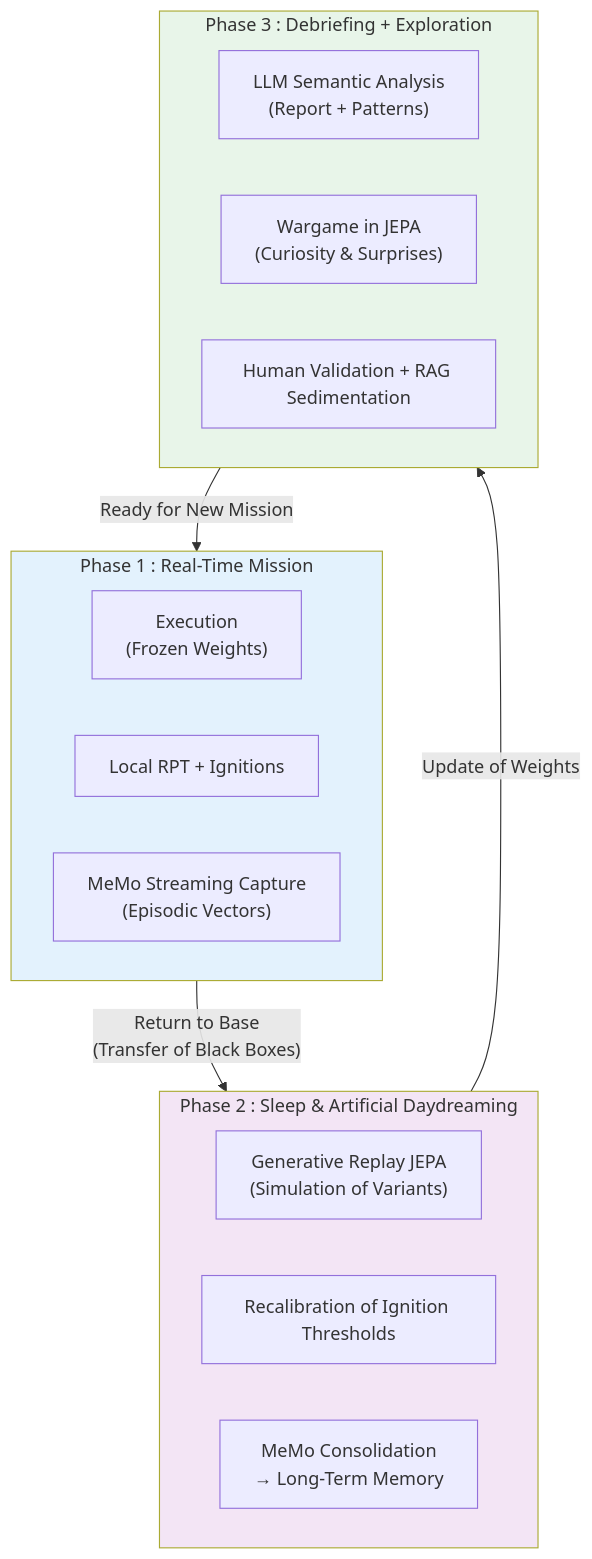
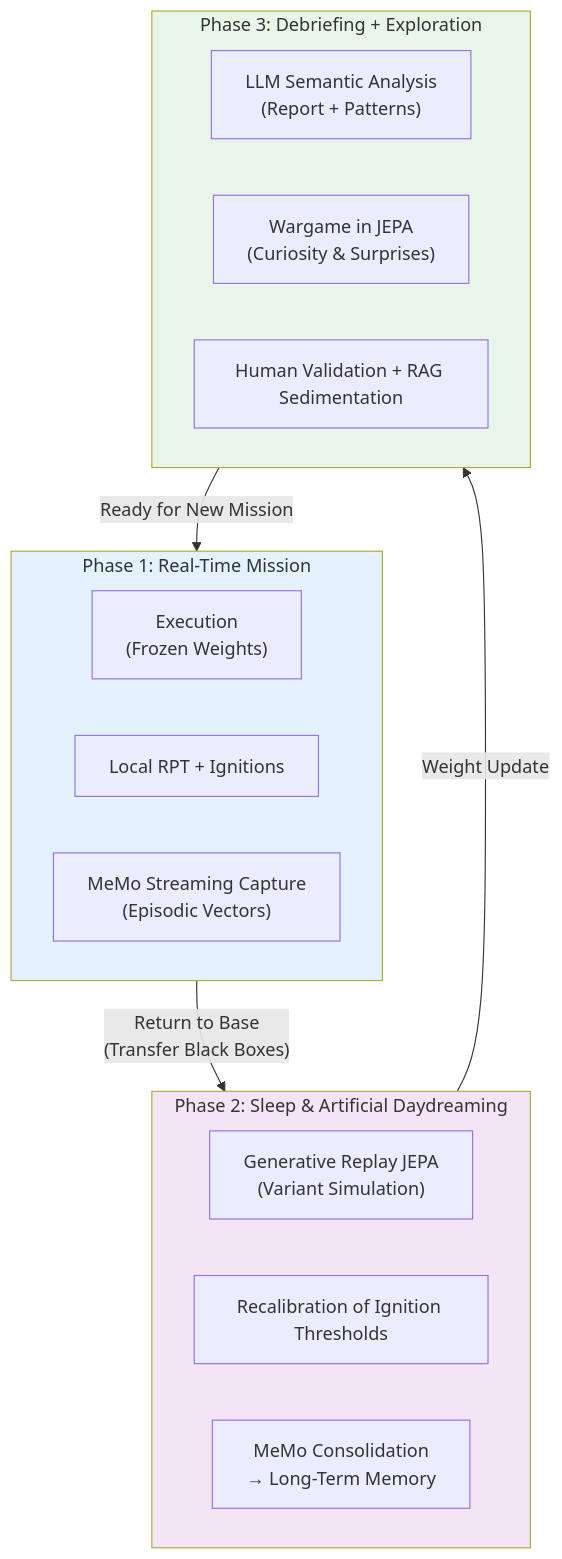
Before and after one commit to AlainCo/GNWT-Garrigue-X-en: the second of 2 diagrams in mvp/mvp.md, drawn with Mermaid. The commit also changed other lines of this file and 23 other files, not shown here.

````diff
--- a/mvp/mvp.md
+++ b/mvp/mvp.md
@@ -87,33 +86,33 @@
 ```mermaid
 flowchart TD
-    subgraph Phase1 ["Phase 1 : Real-Time Mission"]
+    subgraph Phase1 ["Phase 1: Real-Time Mission"]
         A["Execution<br>(Frozen Weights)"]
         B["Local RPT + Ignitions"]
         C["MeMo Streaming Capture<br>(Episodic Vectors)"]
     end
 
-    Phase1 -->|"Return to Base<br>(Transfer of Black Boxes)"| Phase2
+    Phase1 -->|"Return to Base<br>(Transfer Black Boxes)"| Phase2
 
-    subgraph Phase2 ["Phase 2 : Sleep & Artificial Daydreaming"]
-        D["Generative Replay JEPA<br>(Simulation of Variants)"]
+    subgraph Phase2 ["Phase 2: Sleep & Artificial Daydreaming"]
+        D["Generative Replay JEPA<br>(Variant Simulation)"]
         E["Recalibration of Ignition Thresholds"]
         F["MeMo Consolidation<br>→ Long-Term Memory"]
     end
 
-    Phase2 -->|"Update of Weights"| Phase3
+    Phase2 -->|"Weight Update"| Phase3
 
-    subgraph Phase3 ["Phase 3 : Debriefing + Exploration"]
+    subgraph Phase3 ["Phase 3: Debriefing + Exploration"]
         G["LLM Semantic Analysis<br>(Report + Patterns)"]
         H["Wargame in JEPA<br>(Curiosity & Surprises)"]
         I["Human Validation + RAG Sedimentation"]
     end
 
     Phase3 -->|"Ready for New Mission"| Phase1
 
     classDef mission fill:#e3f2fd
     classDef sommeil fill:#f3e5f5
     classDef debrief fill:#e8f5e9
     class Phase1 mission
     class Phase2 sommeil
     class Phase3 debrief
 ```
````
